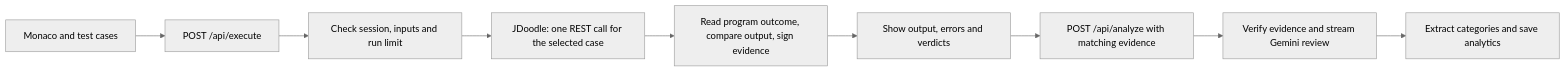
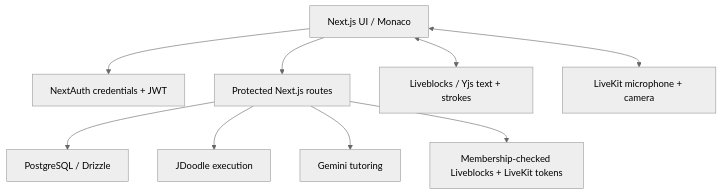
The diagram in README.md (mukherjeesoumyakanta-del/ai-bug-analyser), drawn with Mermaid (neutral theme) before and after one commit. The commit also changed other lines of this file and 42 other files, not shown here.

````diff
--- a/README.md
+++ b/README.md
@@ -22,11 +19,11 @@
 ```mermaid
-flowchart LR
-    A["Monaco and test cases"] --> B["POST /api/execute"]
-    B --> C["Check session, inputs and run limit"]
-    C --> D["JDoodle: one REST call for the selected case"]
-    D --> F["Read program outcome, compare output, sign evidence"]
-    F --> G["Show output, errors and verdicts"]
-    G --> H["POST /api/analyze with matching evidence"]
-    H --> I["Verify evidence and stream Gemini review"]
-    I --> J["Extract categories and save analytics"]
+flowchart TD
+  Browser["Next.js UI / Monaco"] --> Auth["NextAuth credentials + JWT"]
+  Browser --> API["Protected Next.js routes"]
+  API --> DB["PostgreSQL / Drizzle"]
+  API --> JD["JDoodle execution"]
+  API --> AI["Gemini tutoring"]
+  Browser <--> LB["Liveblocks / Yjs text + strokes"]
+  API --> Tokens["Membership-checked Liveblocks + LiveKit tokens"]
+  Browser <--> LK["LiveKit microphone + camera"]
 ```
````
